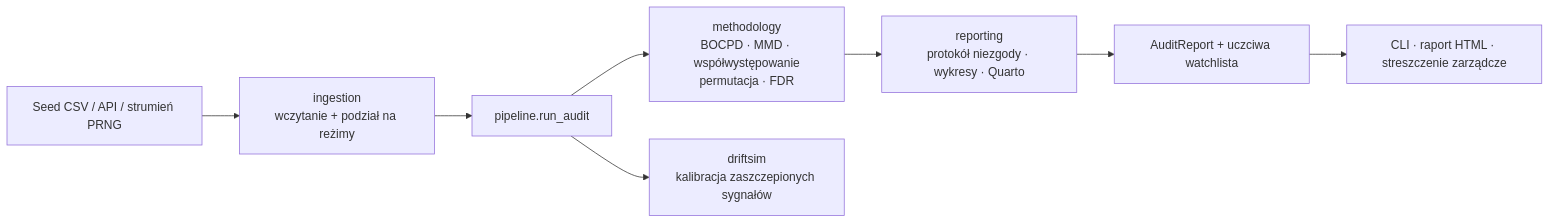
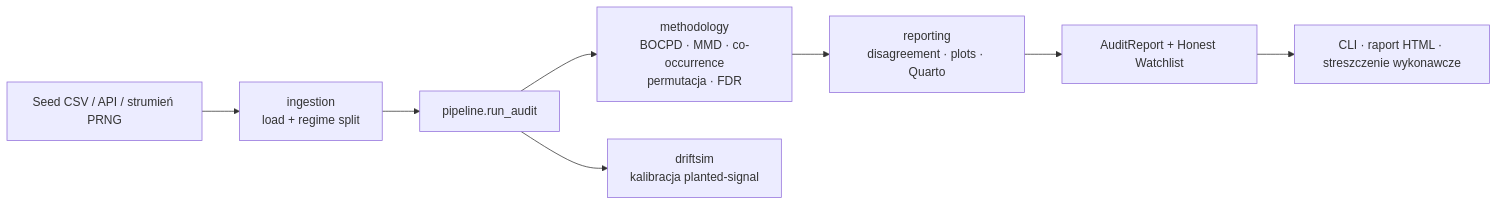
The second of 2 diagrams in README.pl.md (Piotr1686/DriftScope), drawn with Mermaid before and after one commit. The commit also changed other lines of this file and 1 other file, not shown here.

````diff
--- a/README.pl.md
+++ b/README.pl.md
@@ -286,10 +360,10 @@
 ```mermaid
 flowchart LR
-    A[Seed CSV / API / strumień PRNG] --> B[ingestion<br/>wczytanie + podział na reżimy]
+    A[Seed CSV / API / strumień PRNG] --> B[ingestion<br/>load + regime split]
     B --> C[pipeline.run_audit]
-    C --> D[methodology<br/>BOCPD · MMD · współwystępowanie<br/>permutacja · FDR]
-    C --> E[driftsim<br/>kalibracja zaszczepionych sygnałów]
-    D --> F[reporting<br/>protokół niezgody · wykresy · Quarto]
-    F --> G[AuditReport + uczciwa watchlista]
-    G --> H[CLI · raport HTML · streszczenie zarządcze]
+    C --> D[methodology<br/>BOCPD · MMD · co-occurrence<br/>permutacja · FDR]
+    C --> E[driftsim<br/>kalibracja planted-signal]
+    D --> F[reporting<br/>disagreement · plots · Quarto]
+    F --> G[AuditReport + Honest Watchlist]
+    G --> H[CLI · raport HTML · streszczenie wykonawcze]
 ```
````
